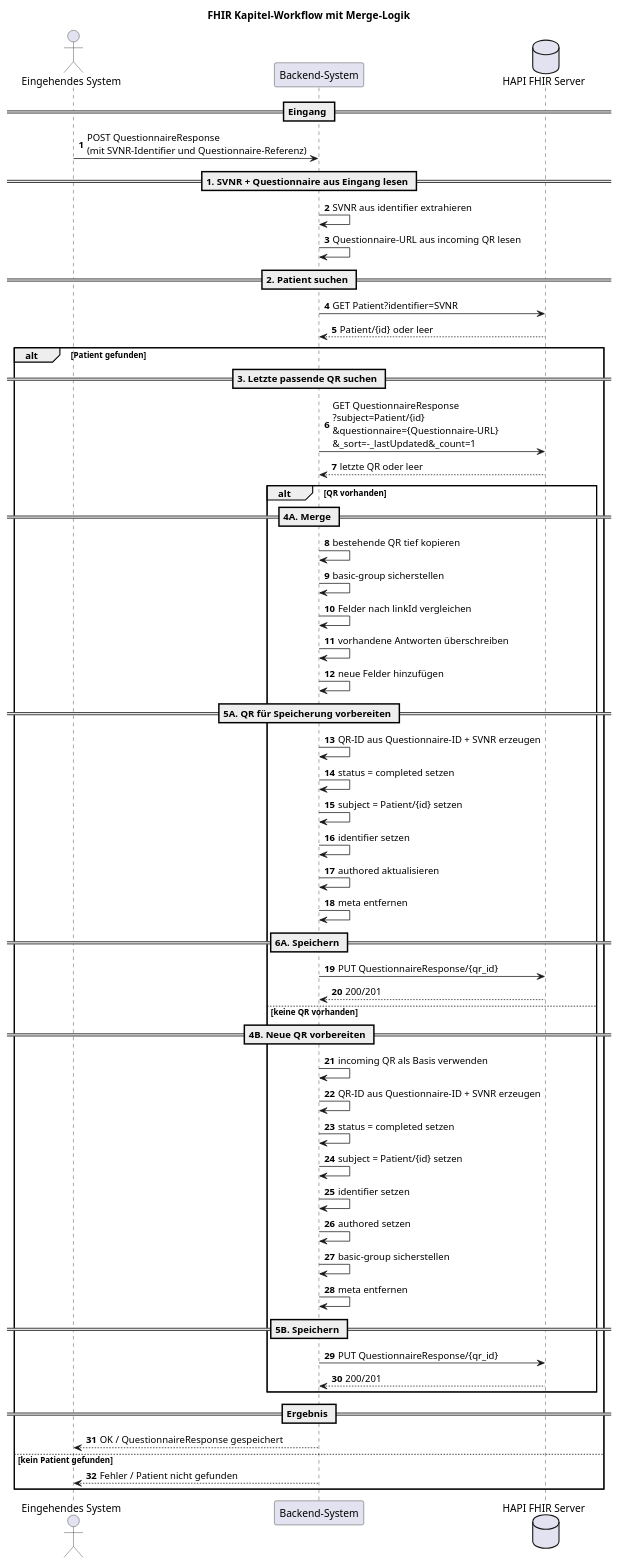
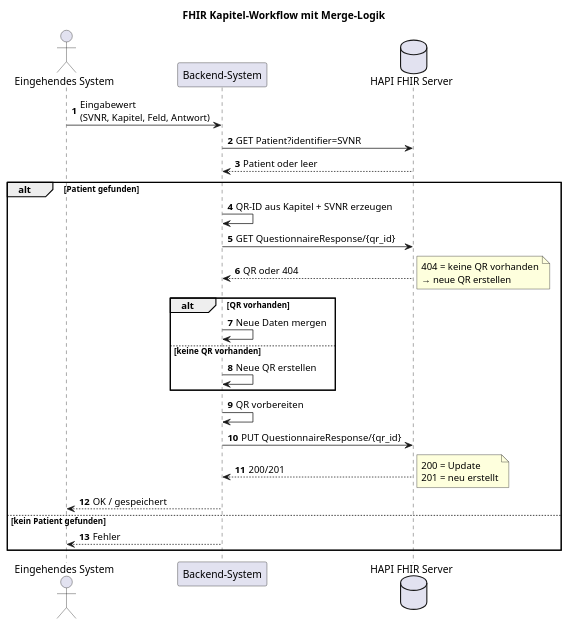
One commit to alinahdr/eekp-fhir-workflow changed the diagram in diagrams/_merge.puml. Above: the diagram before and after it, drawn with PlantUML. The commit also changed 8 other files, not shown here.

```diff
--- a/diagrams/_merge.puml
+++ b/diagrams/_merge.puml
@@ -1,85 +1,51 @@
 @startuml
 autonumber
 
 title FHIR Kapitel-Workflow mit Merge-Logik
 
 actor "Eingehendes System" as Input
 participant "Backend-System" as System
 database "HAPI FHIR Server" as HAPI
 
-== Eingang ==
-
-Input -> System: POST QuestionnaireResponse\n(mit SVNR-Identifier und Questionnaire-Referenz)
-
-== 1. SVNR + Questionnaire aus Eingang lesen ==
-
-System -> System: SVNR aus identifier extrahieren
-System -> System: Questionnaire-URL aus incoming QR lesen
-
-== 2. Patient suchen ==
+Input -> System: Eingabewert\n(SVNR, Kapitel, Feld, Antwort)
 
 System -> HAPI: GET Patient?identifier=SVNR
-HAPI --> System: Patient/{id} oder leer
+HAPI --> System: Patient oder leer
 
 alt Patient gefunden
 
-    == 3. Letzte passende QR suchen ==
+    System -> System: QR-ID aus Kapitel + SVNR erzeugen
 
-    System -> HAPI: GET QuestionnaireResponse\n?subject=Patient/{id}\n&questionnaire={Questionnaire-URL}\n&_sort=-_lastUpdated&_count=1
-    HAPI --> System: letzte QR oder leer
+    System -> HAPI: GET QuestionnaireResponse/{qr_id}
+    HAPI --> System: QR oder 404
+
+    note right
+      404 = keine QR vorhanden
+      → neue QR erstellen
+    end note
 
     alt QR vorhanden
-
-        == 4A. Merge ==
-
-        System -> System: bestehende QR tief kopieren
-        System -> System: basic-group sicherstellen
-        System -> System: Felder nach linkId vergleichen
-        System -> System: vorhandene Antworten überschreiben
-        System -> System: neue Felder hinzufügen
-
-        == 5A. QR für Speicherung vorbereiten ==
-
-        System -> System: QR-ID aus Questionnaire-ID + SVNR erzeugen
-        System -> System: status = completed setzen
-        System -> System: subject = Patient/{id} setzen
-        System -> System: identifier setzen
-        System -> System: authored aktualisieren
-        System -> System: meta entfernen
-
-        == 6A. Speichern ==
-
-        System -> HAPI: PUT QuestionnaireResponse/{qr_id}
-        HAPI --> System: 200/201
-
+        System -> System: Neue Daten mergen
     else keine QR vorhanden
-
-        == 4B. Neue QR vorbereiten ==
-
-        System -> System: incoming QR als Basis verwenden
-        System -> System: QR-ID aus Questionnaire-ID + SVNR erzeugen
-        System -> System: status = completed setzen
-        System -> System: subject = Patient/{id} setzen
-        System -> System: identifier setzen
-        System -> System: authored setzen
-        System -> System: basic-group sicherstellen
-        System -> System: meta entfernen
-
-        == 5B. Speichern ==
-
-        System -> HAPI: PUT QuestionnaireResponse/{qr_id}
-        HAPI --> System: 200/201
-
+        System -> System: Neue QR erstellen
     end
 
-    == Ergebnis ==
+    System -> System: QR vorbereiten
 
-    System --> Input: OK / QuestionnaireResponse gespeichert
+    System -> HAPI: PUT QuestionnaireResponse/{qr_id}
+    HAPI --> System: 200/201
+
+    note right
+      200 = Update
+      201 = neu erstellt
+    end note
+
+    System --> Input: OK / gespeichert
 
 else kein Patient gefunden
 
-    System --> Input: Fehler / Patient nicht gefunden
+    System --> Input: Fehler
 
 end
 
 @enduml
```
